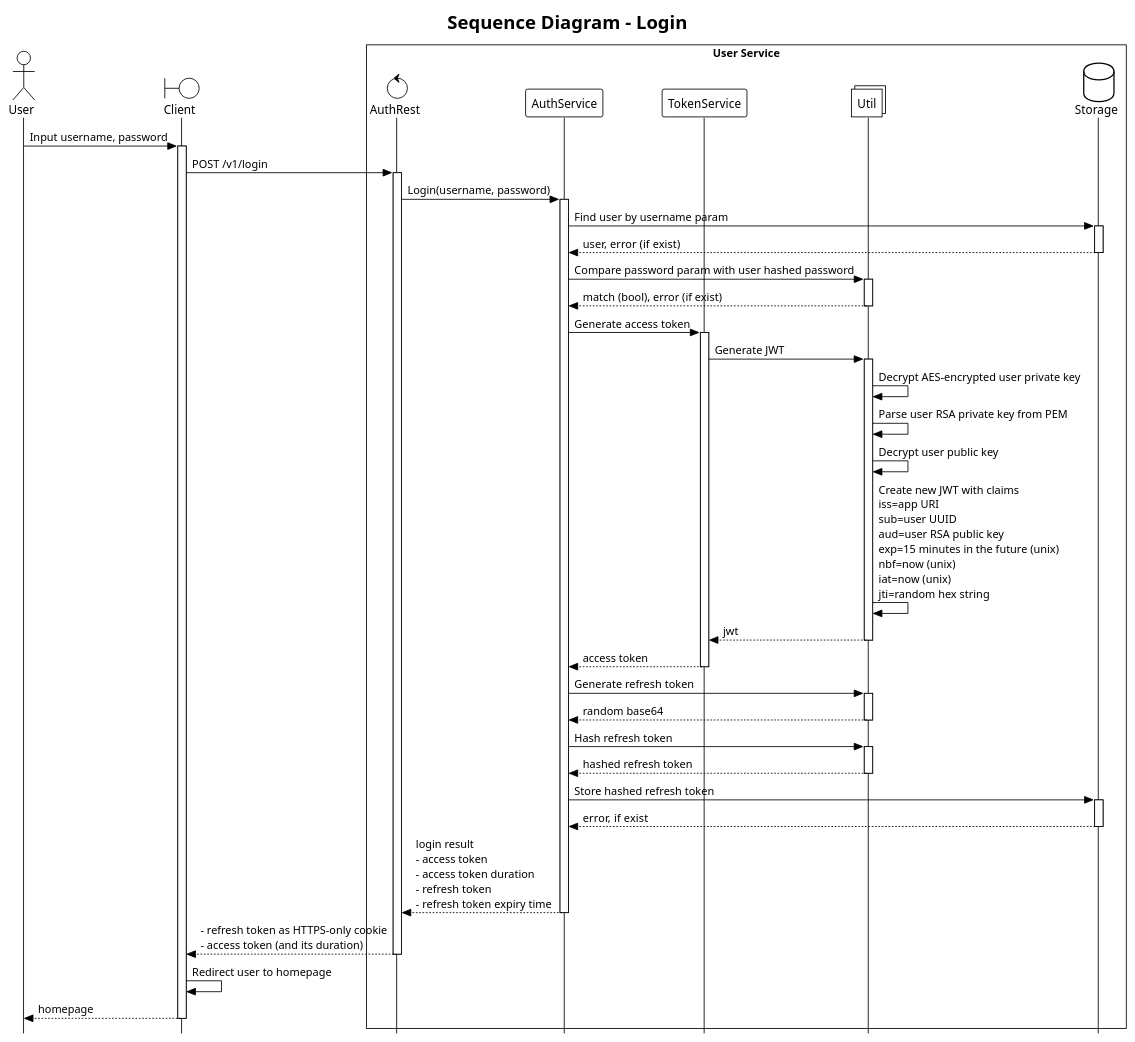
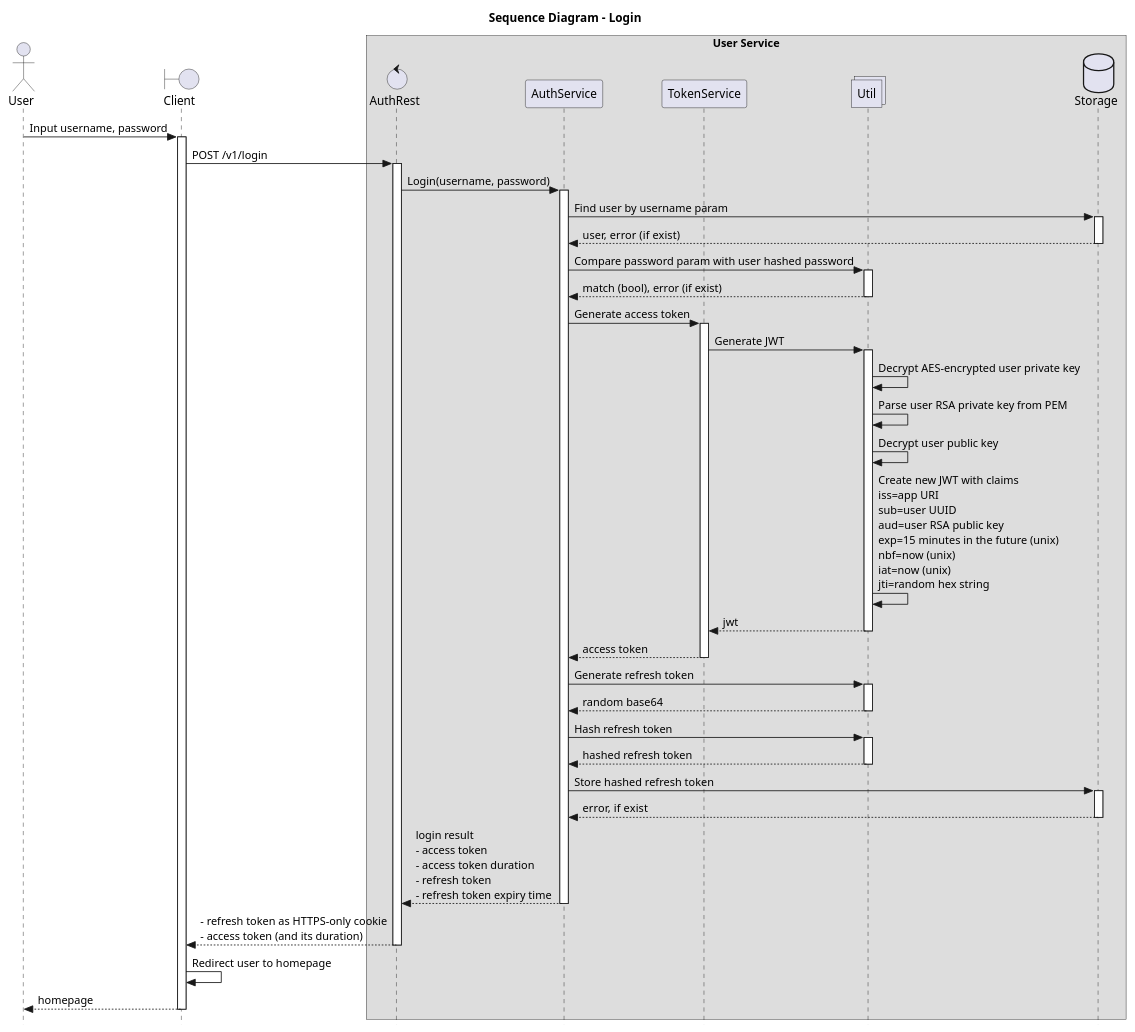
One commit to harmonify/movie-reservation-system changed the diagram in docs/design/uml/sequence-diagram/user-service/login-sequence-diagram.puml. Above: the diagram before and after it, drawn with PlantUML. The commit also changed 10 other files, not shown here.

```diff
--- a/docs/design/uml/sequence-diagram/user-service/login-sequence-diagram.puml
+++ b/docs/design/uml/sequence-diagram/user-service/login-sequence-diagram.puml
@@ -1,54 +1,53 @@
-@startuml jwt
-!theme plain
+@startuml login
 skinparam style strictuml
 hide footbox
 
 title Sequence Diagram - Login
 
 actor User
 boundary Client
 box "User Service"
 control AuthRest
 participant AuthService
 participant TokenService
 collections Util
 database Storage
 end box
 
 User -> Client ++ : Input username, password
 Client -> AuthRest ++ : POST /v1/login
 
 AuthRest -> AuthService ++ : Login(username, password)
 
 AuthService -> Storage ++ : Find user by username param
 return user, error (if exist)
 
 AuthService -> Util ++ : Compare password param with user hashed password
 return match (bool), error (if exist)
 
 AuthService -> TokenService ++ : Generate access token
 TokenService -> Util ++ : Generate JWT
 Util -> Util : Decrypt AES-encrypted user private key
 Util -> Util : Parse user RSA private key from PEM
 Util -> Util : Decrypt user public key
 Util -> Util : Create new JWT with claims\niss=app URI\nsub=user UUID\naud=user RSA public key\nexp=15 minutes in the future (unix)\nnbf=now (unix)\niat=now (unix)\njti=random hex string
 return jwt
 return access token
 
 AuthService -> Util ++ : Generate refresh token
 return random base64
 AuthService -> Util ++ : Hash refresh token
 return hashed refresh token
 
 AuthService -> Storage ++ : Store hashed refresh token
 return error, if exist
 
 return login result\n- access token\n- access token duration\n- refresh token\n- refresh token expiry time
 
 return - refresh token as HTTPS-only cookie\n- access token (and its duration)
 
 Client -> Client : Redirect user to homepage
 
 return homepage
 
 @enduml
```
